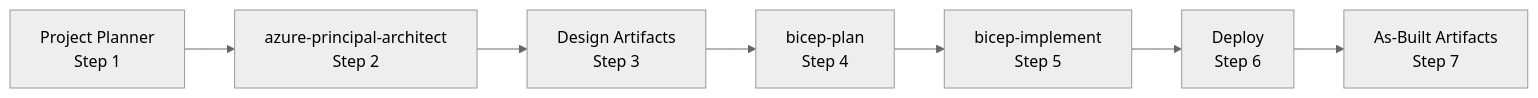
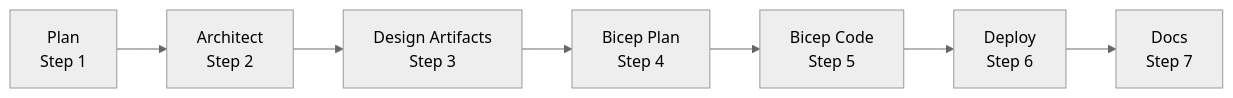
The diagram in .github/copilot-instructions.md (SmitaCnovate/azure-agentic-infraops), drawn with Mermaid before and after one commit. The commit also changed other lines of this file and 102 other files, not shown here.

````diff
--- a/.github/copilot-instructions.md
+++ b/.github/copilot-instructions.md
@@ -35,10 +35,10 @@
 ```mermaid
 %%{init: {'theme':'neutral'}}%%
 graph LR
-    P["Project Planner<br/>Step 1"] --> A[azure-principal-architect<br/>Step 2]
+    P["Plan<br/>Step 1"] --> A[Architect<br/>Step 2]
     A --> D["Design Artifacts<br/>Step 3"]
-    D --> B[bicep-plan<br/>Step 4]
-    B --> I[bicep-implement<br/>Step 5]
+    D --> B[Bicep Plan<br/>Step 4]
+    B --> I[Bicep Code<br/>Step 5]
     I --> DEP["Deploy<br/>Step 6"]
-    DEP --> F["As-Built Artifacts<br/>Step 7"]
+    DEP --> F["Docs<br/>Step 7"]
 ```
````
